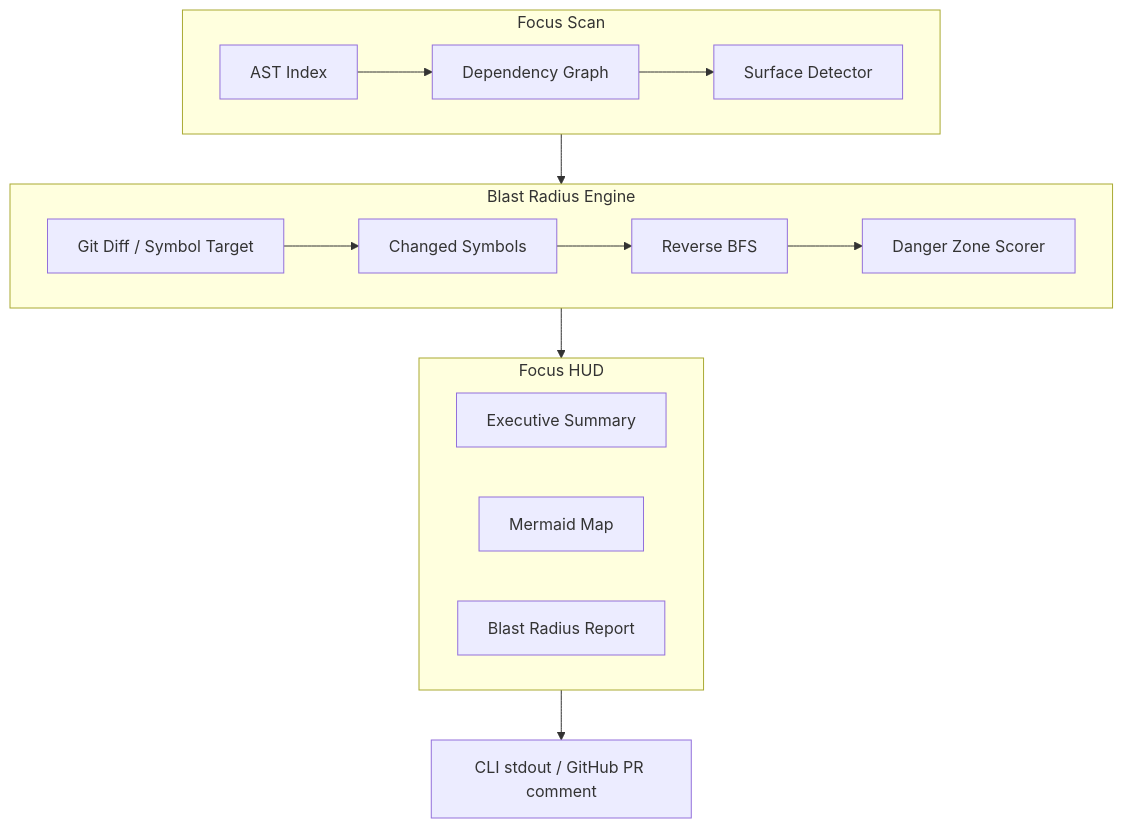
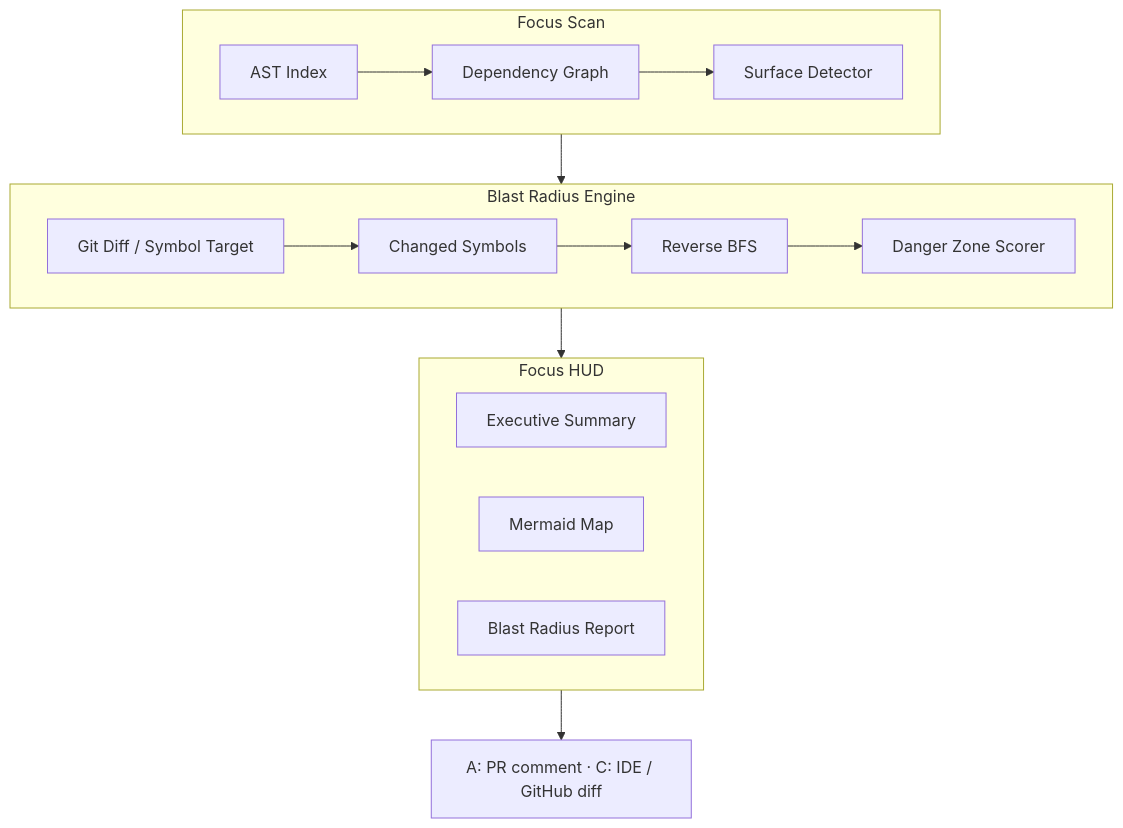
One commit to j0viane/focus changed the diagram in README.md. Above: the diagram before and after it, drawn with Mermaid. The commit also changed other lines of this file and 20 other files, not shown here.

First line of the commit message:
feat: IDE extension + CLI JSON output (focus-hud 0.2.0)

````diff
--- a/README.md
+++ b/README.md
@@ -92,23 +129,23 @@
 ```mermaid
 flowchart TB
     subgraph scan [Focus Scan]
         TS[AST Index] --> G[Dependency Graph]
         G --> SURF[Surface Detector]
     end
 
     subgraph preflight [Blast Radius Engine]
         DIFF[Git Diff / Symbol Target] --> SEED[Changed Symbols]
         SEED --> BFS[Reverse BFS]
         BFS --> DZ[Danger Zone Scorer]
     end
 
     subgraph hud [Focus HUD]
         ES[Executive Summary]
         MAP[Mermaid Map]
         BR[Blast Radius Report]
     end
 
     scan --> preflight
     preflight --> hud
-    hud --> OUT[CLI stdout / GitHub PR comment]
+    hud --> OUT["A: PR comment · C: IDE / GitHub diff"]
 ```
````
